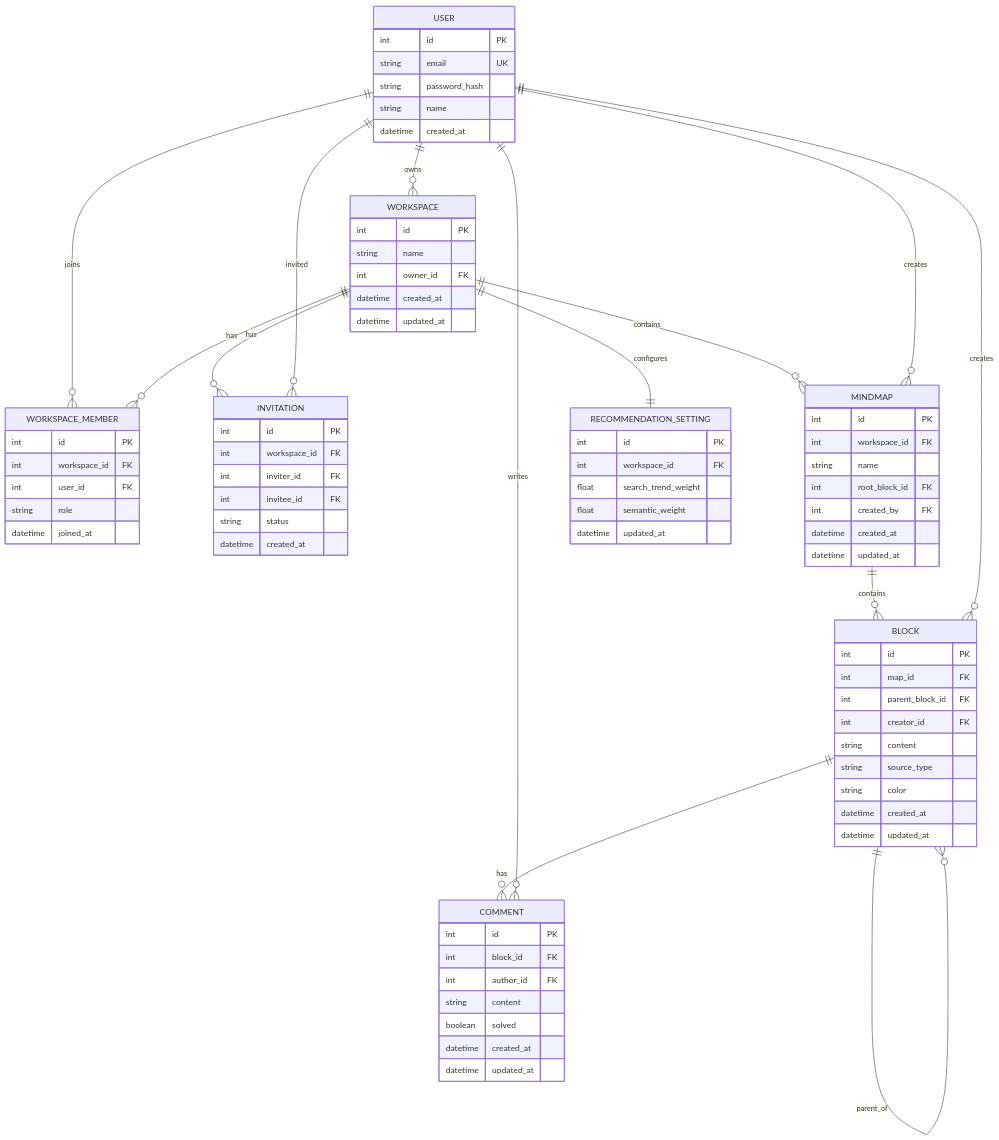
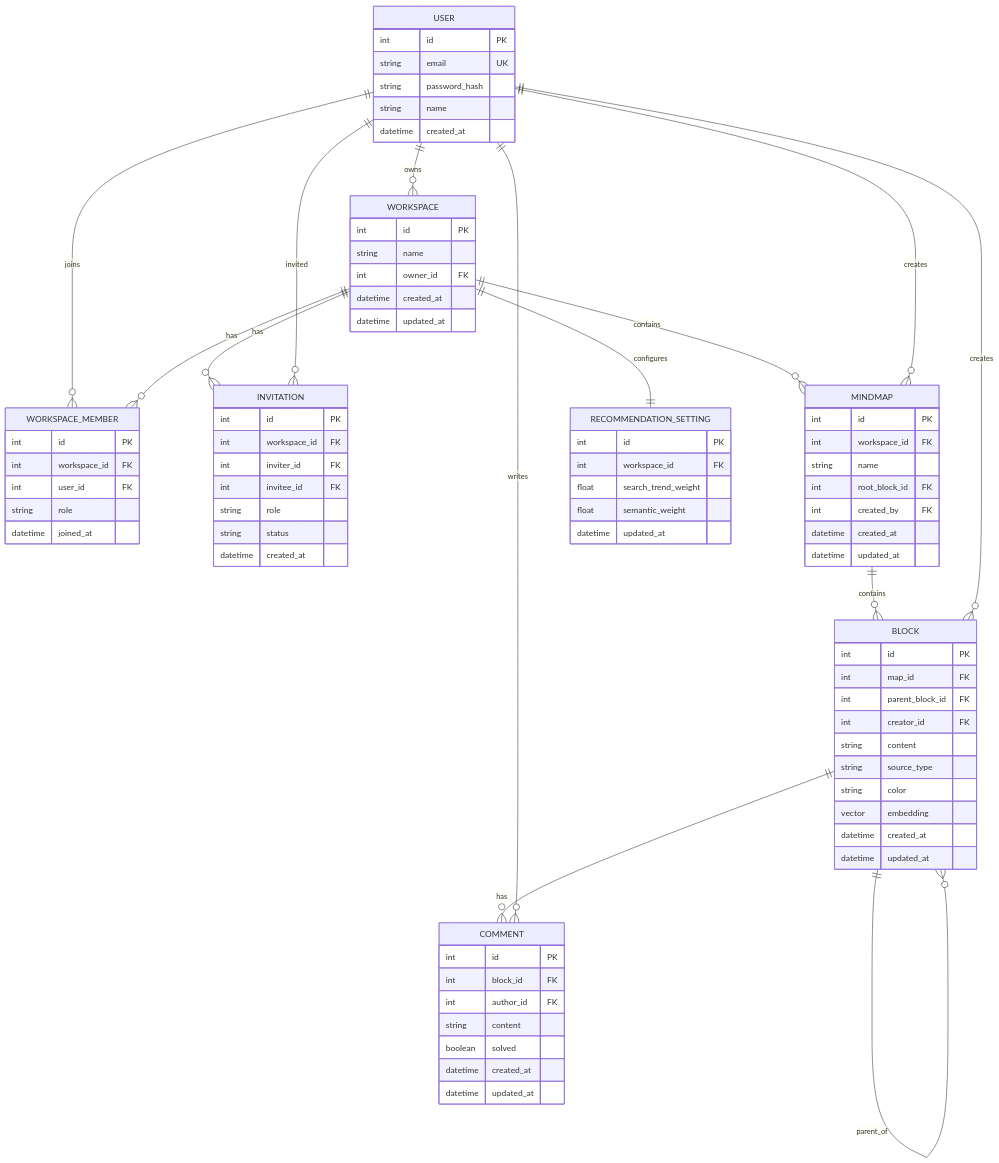
Before and after one commit to madcamp-official/26s-w1-c2-01: the diagram in README.md, drawn with Mermaid. The commit also changed other lines of this file, not shown here.

```diff
--- a/README.md
+++ b/README.md
@@ -105,6 +126,7 @@
         int workspace_id FK
         int inviter_id FK
         int invitee_id FK
+        string role
         string status
         datetime created_at
     }
@@ -125,6 +147,7 @@
         string content
         string source_type
         string color
+        vector embedding
         datetime created_at
         datetime updated_at
     }
```
